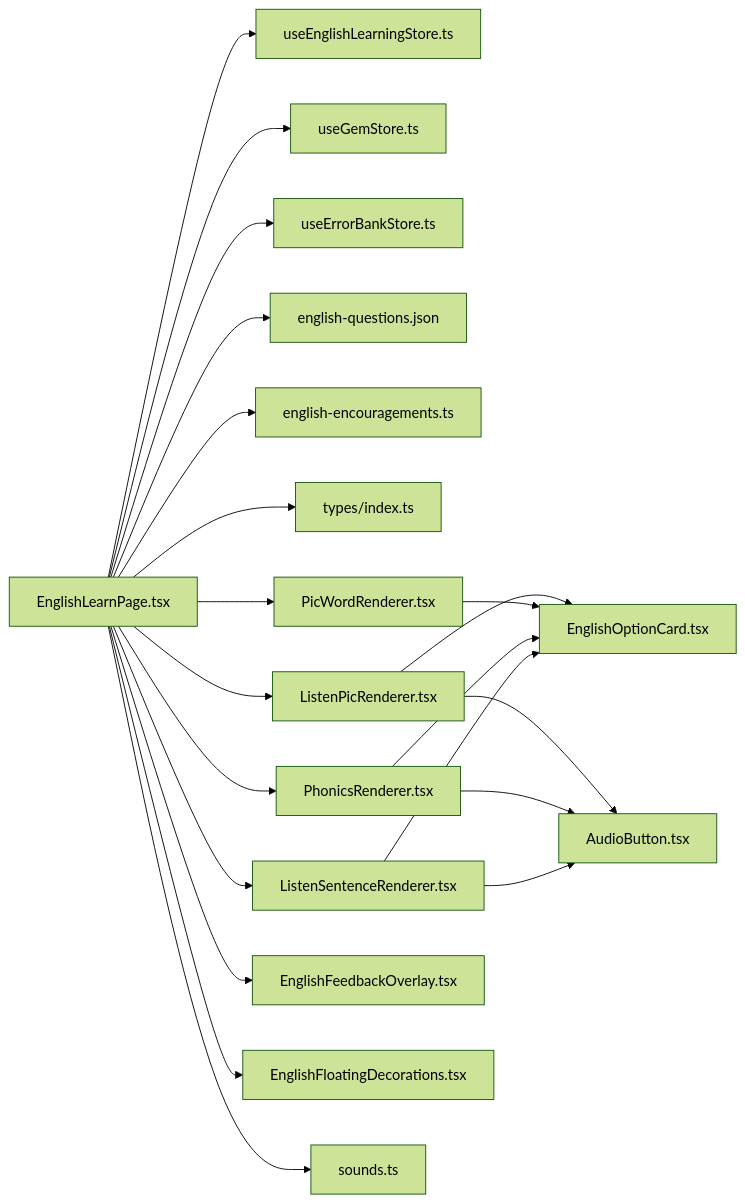
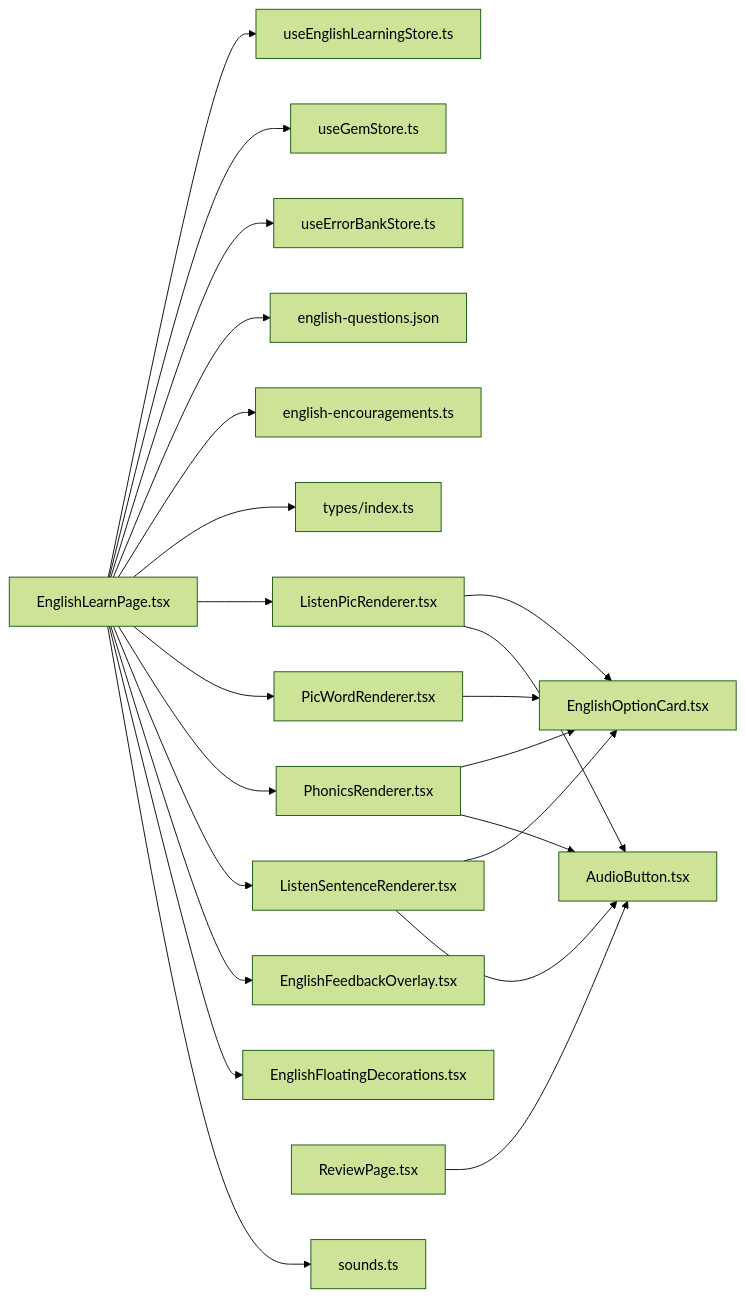
Before and after one commit to wudeng2005/rainbow-learning: the eighth of 8 diagrams in .qoder/repowiki/zh/content/功能组件详解/英语学习模块.md, drawn with Mermaid (forest theme). The commit also changed other lines of this file and 18 other files, not shown here.

````diff
--- a/.qoder/repowiki/zh/content/功能组件详解/英语学习模块.md
+++ b/.qoder/repowiki/zh/content/功能组件详解/英语学习模块.md
@@ -467,23 +527,24 @@
 ```mermaid
 graph LR
 P["EnglishLearnPage.tsx"] --> S["useEnglishLearningStore.ts"]
 P --> G["useGemStore.ts"]
 P --> E["useErrorBankStore.ts"]
 P --> Q["english-questions.json"]
 P --> C["english-encouragements.ts"]
 P --> T["types/index.ts"]
 P --> LPR["ListenPicRenderer.tsx"]
 P --> PWR["PicWordRenderer.tsx"]
 P --> PHR["PhonicsRenderer.tsx"]
 P --> LSR["ListenSentenceRenderer.tsx"]
 P --> EFO["EnglishFeedbackOverlay.tsx"]
 P --> EFD["EnglishFloatingDecorations.tsx"]
+RP["ReviewPage.tsx"] --> AB["AudioButton.tsx"]
 LPR --> OC["EnglishOptionCard.tsx"]
 PWR --> OC
 PHR --> OC
 LSR --> OC
-LPR --> AB["AudioButton.tsx"]
+LPR --> AB
 PHR --> AB
 LSR --> AB
 P --> SD["sounds.ts"]
 ```
````
